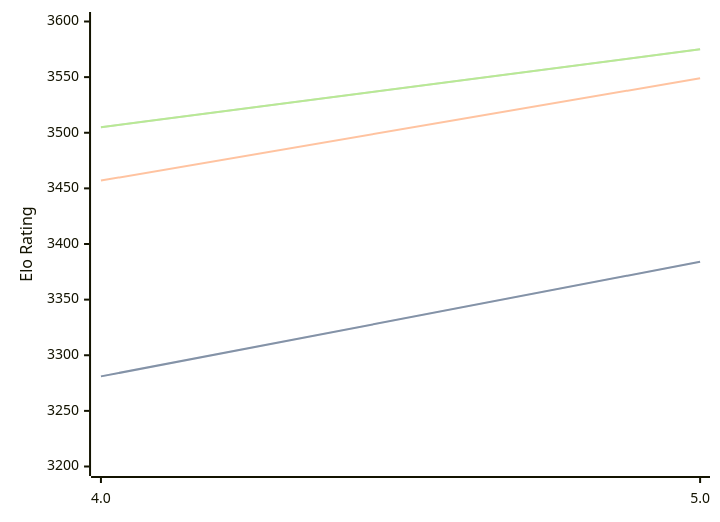
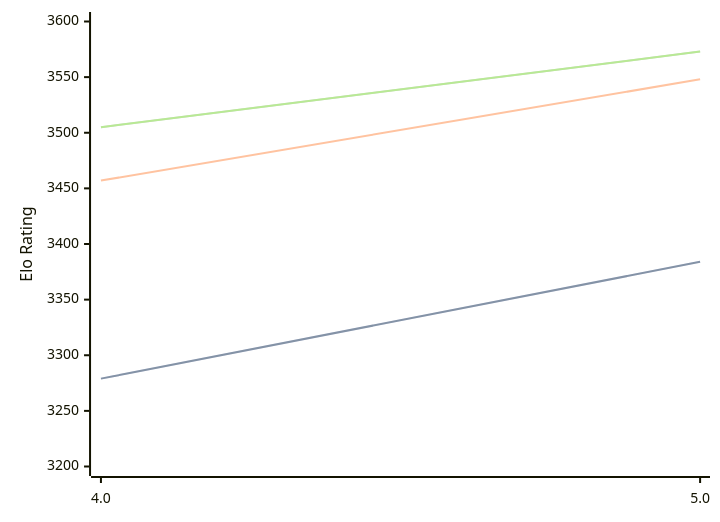
The diagram in engines/Tarnished.md (computer-chess-index/cci), drawn with Mermaid before and after one commit. The commit also changed other lines of this file, not shown here.

Commit message:
Update CCI Ratings (ELO VLTC) - 2026-03-30

````diff
--- a/engines/Tarnished.md
+++ b/engines/Tarnished.md
@@ -36,11 +36,11 @@
 ```mermaid
 %%{init: {"theme":"base","themeVariables":{"seriesColors:['#a3a3a3','#222221','#faa371']}}}%%
 xychart-beta
   x-axis ["4.0", "5.0"]
   y-axis "Elo Rating" 3200 --> 3600
-  line "STC (8.0+0.08s)" [3281, 3384]
-  line "STC (8.0+0.08s)" [3281, 3384]
-  line "LTC (60.0+0.60s)" [3457, 3549]
-  line "VLTC (2m24s+1.12s)" [3505, 3575]
-  line "VLTC (2m24s+1.12s)" [3505, 3575]
+  line "STC (8.0+0.08s)" [3279, 3384]
+  line "STC (8.0+0.08s)" [3279, 3384]
+  line "LTC (60.0+0.60s)" [3457, 3548]
+  line "VLTC (2m24s+1.12s)" [3505, 3573]
+  line "VLTC (2m24s+1.12s)" [3505, 3573]
 ```
````
